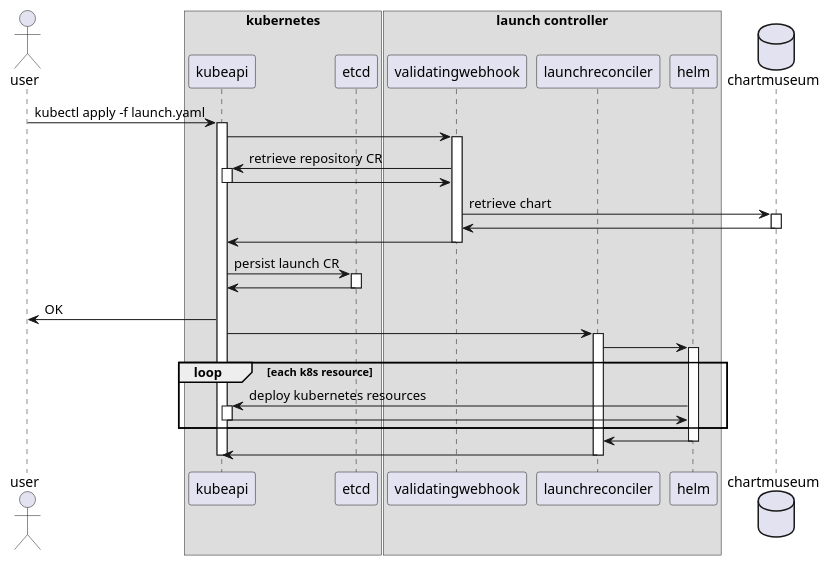
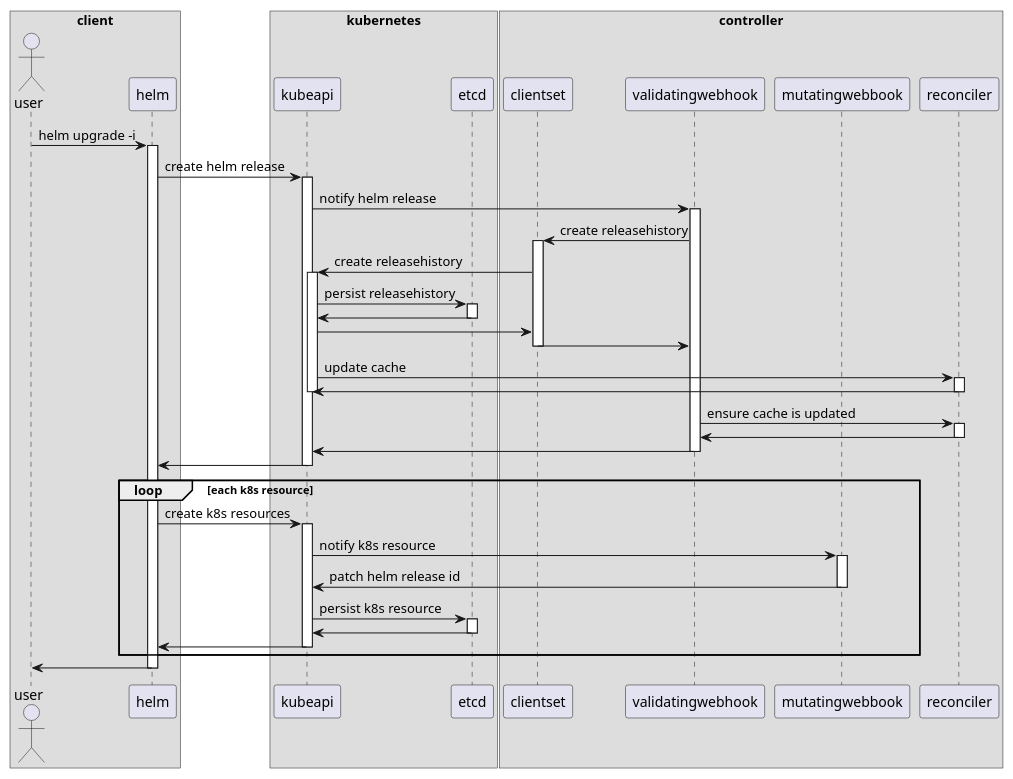
One commit to object88/tugboat changed the diagram in docs/workflow-create-launch.plantuml. Above: the diagram before and after it, drawn with PlantUML. The commit also changed 11 other files, not shown here.

```diff
--- a/docs/workflow-create-launch.plantuml
+++ b/docs/workflow-create-launch.plantuml
@@ -1,62 +1,80 @@
 @startuml Create launch
 
+box "client"
 actor user
+participant helm
+end box
 box "kubernetes"
 participant kubeapi
 participant etcd
 end box
-box "launch controller"
+box "controller"
+participant clientset
 participant validatingwebhook
-participant launchreconciler
-participant helm
+participant mutatingwebbook
+participant reconciler
 end box
-database chartmuseum
 
-user -> kubeapi : kubectl apply -f launch.yaml
+user -> helm : helm upgrade -i
+activate helm
+
+helm -> kubeapi : create helm release
 activate kubeapi
 
-kubeapi -> validatingwebhook
+kubeapi -> validatingwebhook : notify helm release
 activate validatingwebhook
 
+validatingwebhook -> clientset : create releasehistory
+activate clientset
+clientset -> kubeapi : create releasehistory
+activate kubeapi
 
-validatingwebhook -> kubeapi : retrieve repository CR
-activate kubeapi
-kubeapi -> validatingwebhook
+kubeapi -> etcd : persist releasehistory
+activate etcd
+etcd -> kubeapi
+deactivate etcd
+
+kubeapi -> clientset
+
+clientset -> validatingwebhook
+deactivate clientset
+
+kubeapi -> reconciler : update cache
+activate reconciler
+reconciler -> kubeapi
+deactivate reconciler
 deactivate kubeapi
 
-validatingwebhook -> chartmuseum : retrieve chart
-activate chartmuseum
-chartmuseum -> validatingwebhook
-deactivate chartmuseum
+validatingwebhook -> reconciler : ensure cache is updated
+activate reconciler
+reconciler -> validatingwebhook
+deactivate reconciler
 
 validatingwebhook -> kubeapi
 deactivate validatingwebhook
 
-kubeapi -> etcd : persist launch CR
+kubeapi -> helm
+deactivate kubeapi
+
+loop each k8s resource
+helm -> kubeapi : create k8s resources
+activate kubeapi
+
+kubeapi -> mutatingwebbook : notify k8s resource
+activate mutatingwebbook
+mutatingwebbook -> kubeapi : patch helm release id
+deactivate mutatingwebbook
+
+kubeapi -> etcd : persist k8s resource
 activate etcd
 etcd -> kubeapi
 deactivate etcd
 
-' User gets response
-kubeapi -> user : OK
-
-kubeapi -> launchreconciler
-activate launchreconciler
-launchreconciler -> helm
-activate helm
-
-loop each k8s resource
-helm -> kubeapi : deploy kubernetes resources
-activate kubeapi
 kubeapi -> helm
 deactivate kubeapi
 end
 
-helm -> launchreconciler
+helm -> user
 deactivate helm
-launchreconciler -> kubeapi
-deactivate launchreconciler
-
-deactivate kubeapi
 
 @enduml
```
